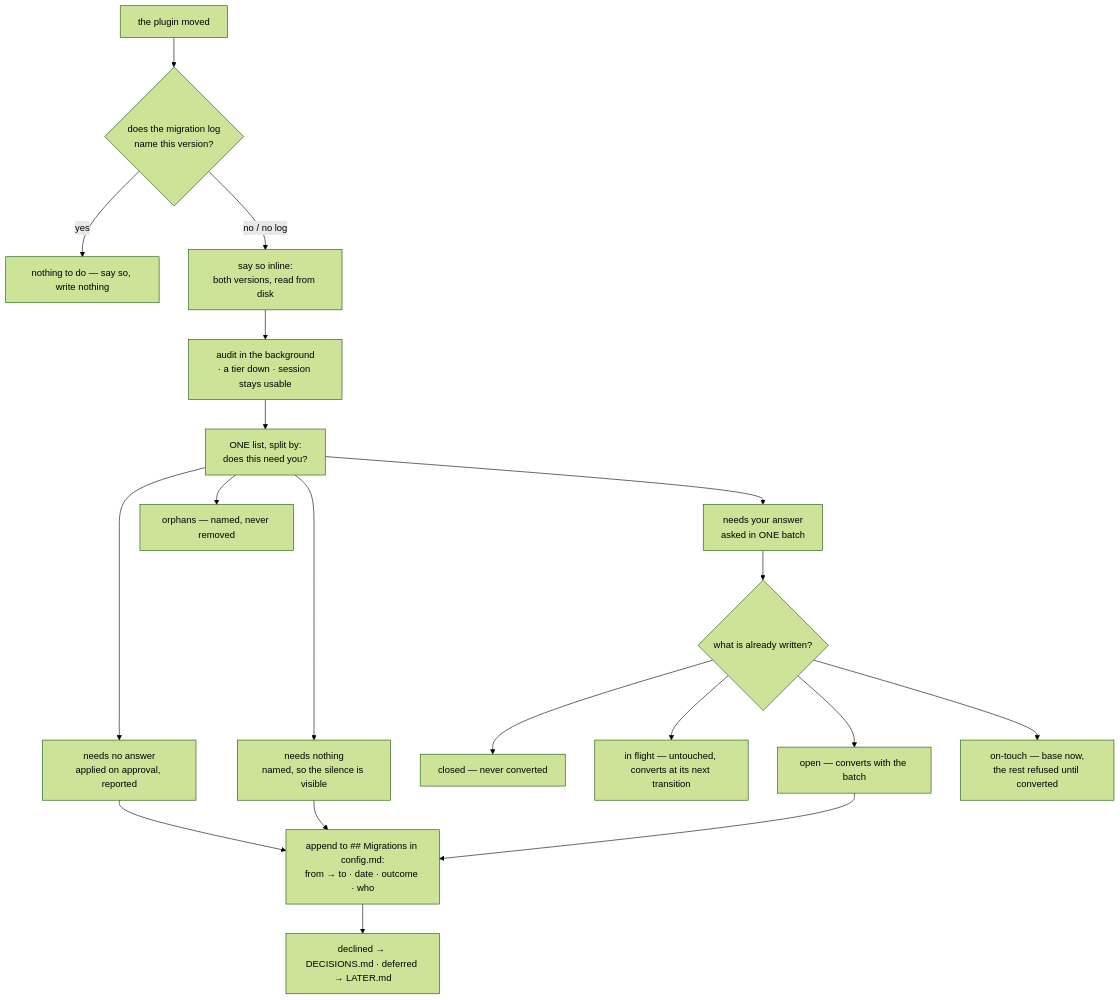
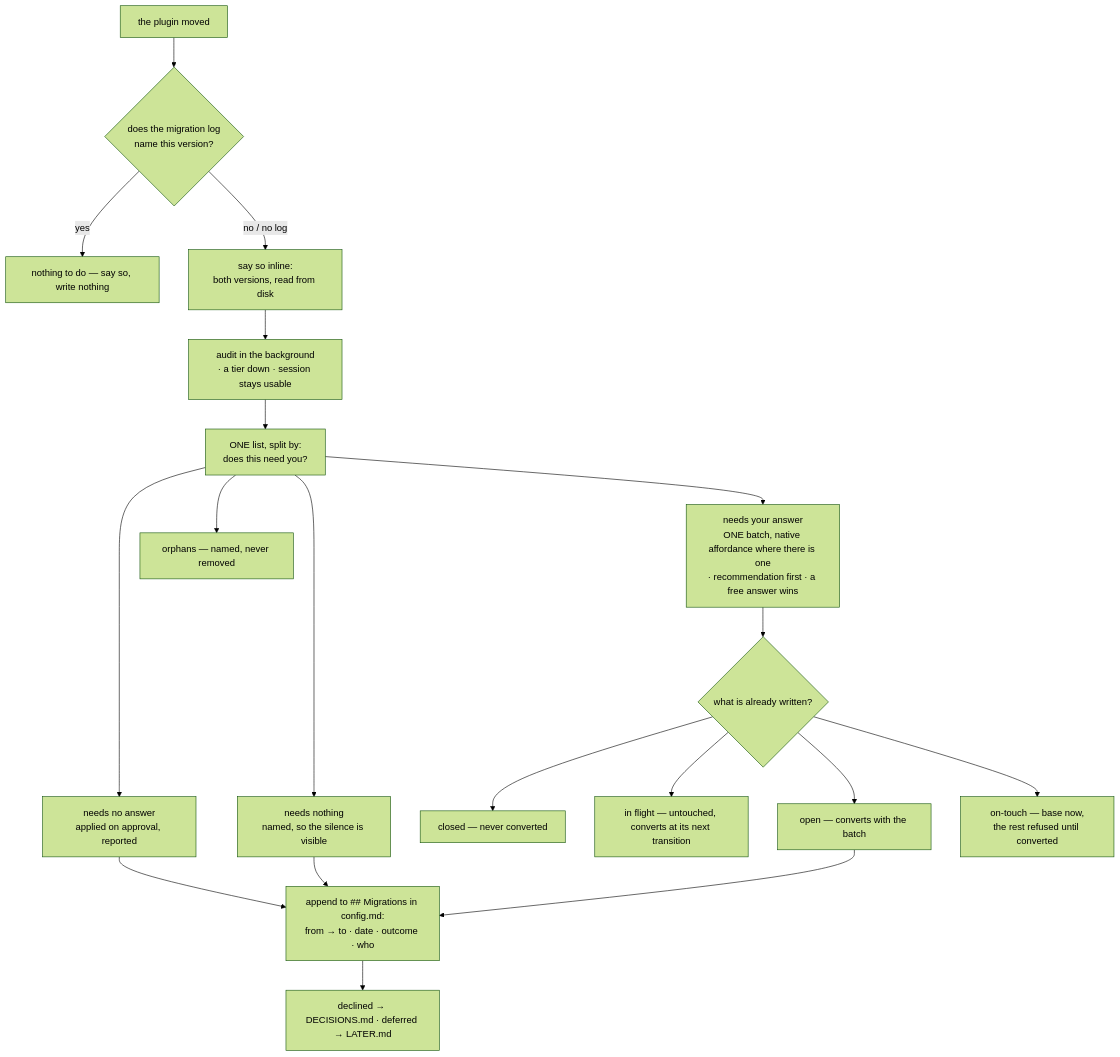
Diagram 15 of 23 in diagrams.md (jamillazarev/opsinist), drawn with Mermaid (forest theme) before and after one commit. The commit also changed 2 other files, not shown here.

Commit message:
native-first carries the batch, and adoption joins the glossary
The affordance rule lived in one line about a comparison table and said nothing
about the case that matters most: several questions owed at once. An interview
wave and a migration's answerable pile are batches, and asked one at a time they
become the sequence of individually reasonable prompts every flow here forbids.
So: the affordance carries the batch where it exists, a single message where it
does not, and a free answer wins over the buckets in either form — an owner who
describes their own practice has answered better than the options could.

migration · adoption joins the confusable pairs. A migration moves what a project
already has; an adoption is taking up something it never used. The first is
applied on approval, the second is offered with its price and may be declined for
good — and conflating them is how an upgrade re-opens a settled question.

The upgrade diagram names the affordance on the pile that needs an answer.

````diff
--- a/diagrams.md
+++ b/diagrams.md
@@ -298,21 +298,21 @@
 ```mermaid
 flowchart TD
   M[the plugin moved] --> R{does the migration log<br/>name this version?}
   R -- yes --> N[nothing to do — say so, write nothing]
   R -- no / no log --> S[say so inline:<br/>both versions, read from disk]
   S --> A[audit in the background<br/>· a tier down · session stays usable]
   A --> L[ONE list, split by:<br/>does this need you?]
   L --> M1[needs no answer<br/>applied on approval, reported]
-  L --> M2[needs your answer<br/>asked in ONE batch]
+  L --> M2[needs your answer<br/>ONE batch, native affordance where there is one<br/>· recommendation first · a free answer wins]
   L --> M3[needs nothing<br/>named, so the silence is visible]
   L --> M4[orphans — named, never removed]
   M2 --> W{what is already written?}
   W --> W1[closed — never converted]
   W --> W2[in flight — untouched, converts at its next transition]
   W --> W3[open — converts with the batch]
   W --> W4[on-touch — base now,<br/>the rest refused until converted]
   M1 --> G[append to ## Migrations in config.md:<br/>from → to · date · outcome · who]
   M3 --> G
   W3 --> G
   G --> Z[declined → DECISIONS.md · deferred → LATER.md]
 ```
````
